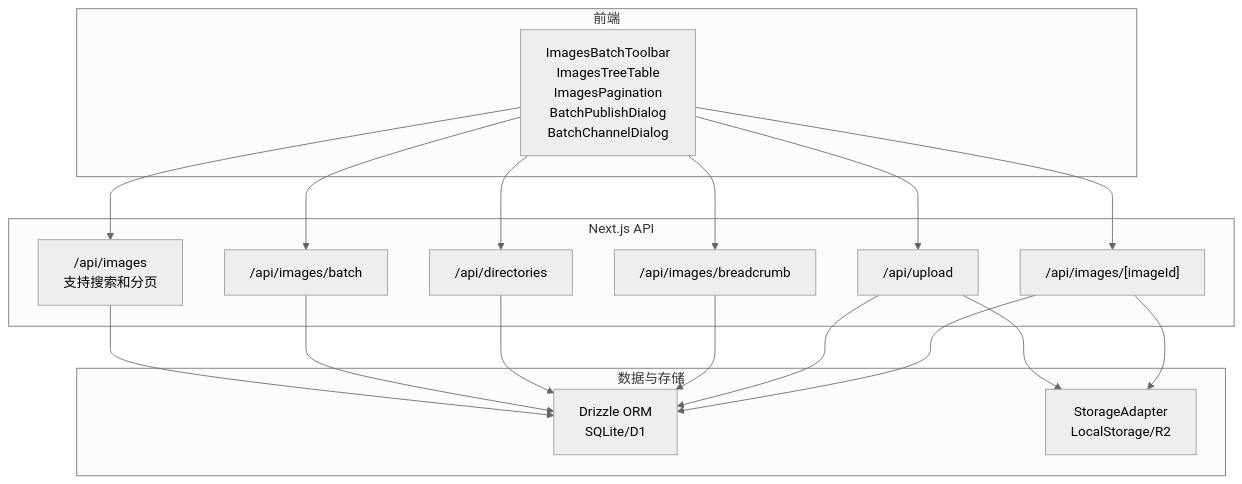
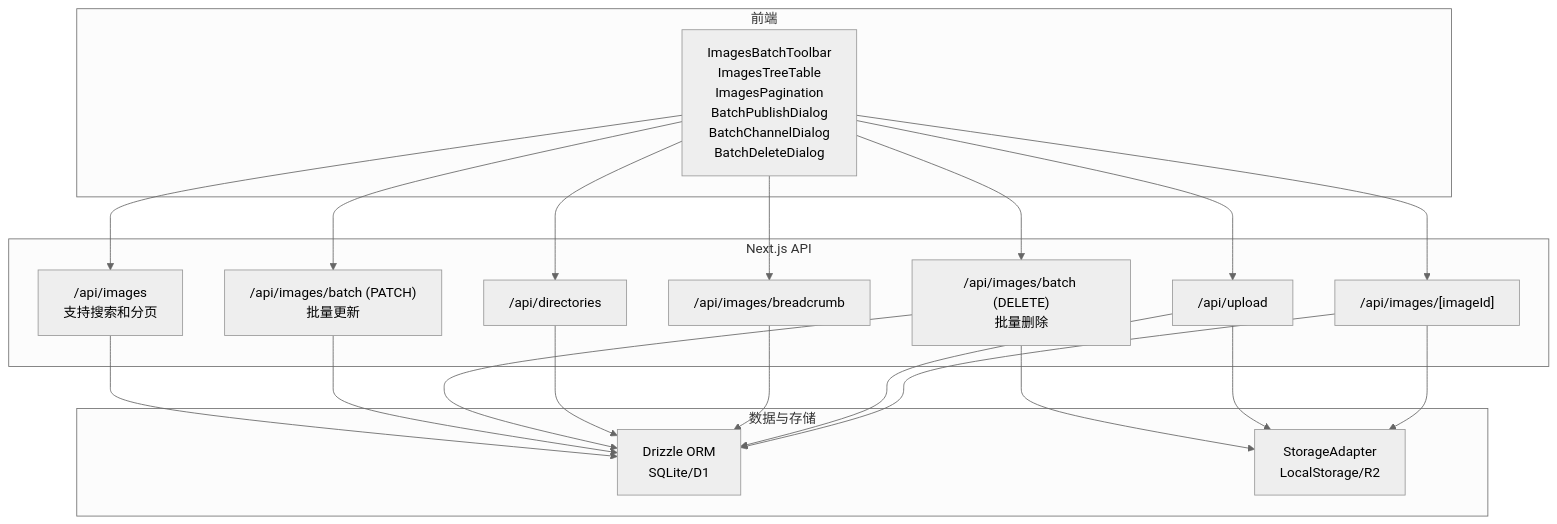
One commit to pnnh/weable changed the first of 16 diagrams in .qoder/repowiki/zh/content/功能特性/图片管理/批量图片管理.md. Above: the diagram before and after it, drawn with Mermaid (neutral theme). The commit also changed other lines of this file and 133 other files, not shown here.

Commit message:
实现基于浏览器自带AI识别图片内容功能

````diff
--- a/.qoder/repowiki/zh/content/功能特性/图片管理/批量图片管理.md
+++ b/.qoder/repowiki/zh/content/功能特性/图片管理/批量图片管理.md
@@ -51,32 +55,36 @@
 ```mermaid
 graph TB
 subgraph "前端"
-UI["ImagesBatchToolbar<br/>ImagesTreeTable<br/>ImagesPagination<br/>BatchPublishDialog<br/>BatchChannelDialog"]
+UI["ImagesBatchToolbar<br/>ImagesTreeTable<br/>ImagesPagination<br/>BatchPublishDialog<br/>BatchChannelDialog<br/>BatchDeleteDialog"]
 end
 subgraph "Next.js API"
 IMG_LIST["/api/images<br/>支持搜索和分页"]
-IMG_BATCH["/api/images/batch"]
+IMG_BATCH_PATCH["/api/images/batch (PATCH)<br/>批量更新"]
+IMG_BATCH_DELETE["/api/images/batch (DELETE)<br/>批量删除"]
 DIR_CREATE["/api/directories"]
 BREADCRUMB["/api/images/breadcrumb"]
 UPLOAD["/api/upload"]
 IMG_DETAIL["/api/images/[imageId]"]
 end
 subgraph "数据与存储"
 DB["Drizzle ORM<br/>SQLite/D1"]
 STORE["StorageAdapter<br/>LocalStorage/R2"]
 end
 UI --> IMG_LIST
-UI --> IMG_BATCH
+UI --> IMG_BATCH_PATCH
+UI --> IMG_BATCH_DELETE
 UI --> DIR_CREATE
 UI --> BREADCRUMB
 UI --> UPLOAD
 UI --> IMG_DETAIL
 IMG_LIST --> DB
-IMG_BATCH --> DB
+IMG_BATCH_PATCH --> DB
+IMG_BATCH_DELETE --> DB
+IMG_BATCH_DELETE --> STORE
 DIR_CREATE --> DB
 BREADCRUMB --> DB
 UPLOAD --> STORE
 UPLOAD --> DB
 IMG_DETAIL --> DB
 IMG_DETAIL --> STORE
 ```
````
